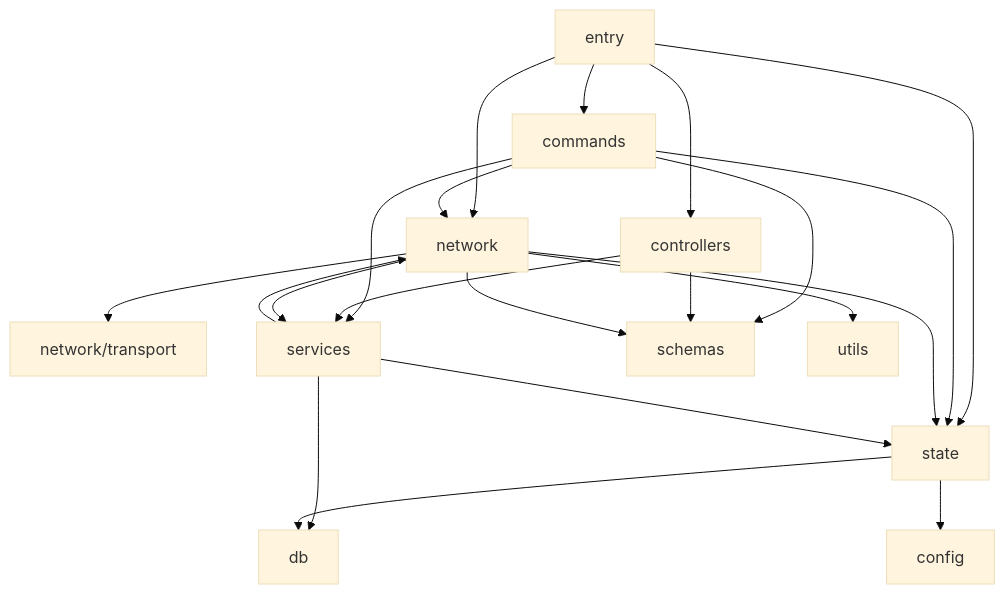
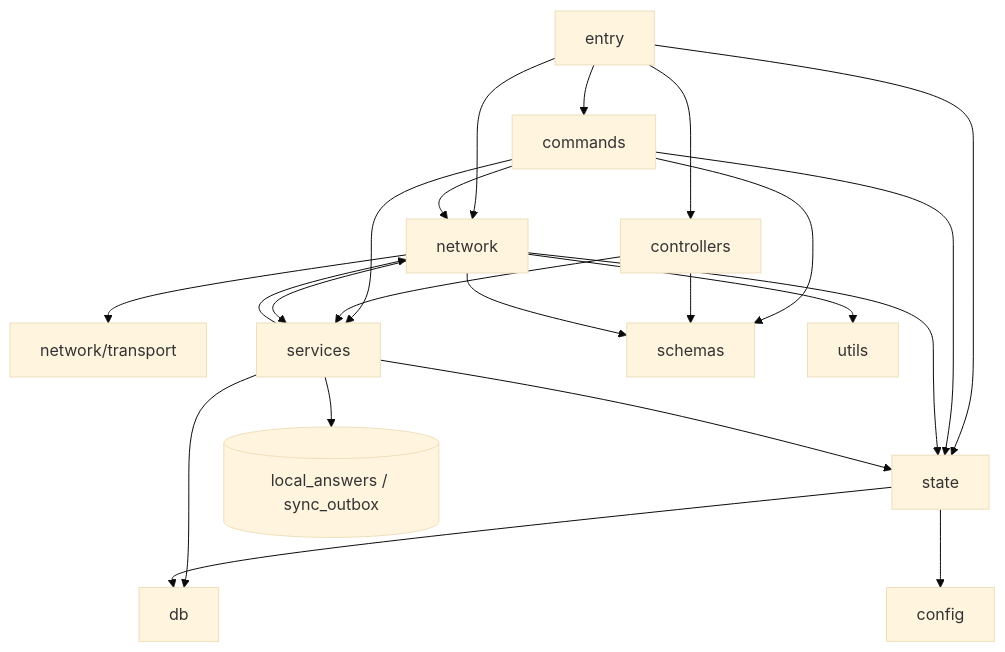
One commit to XiaoSong-dada/xs-examination changed the fifth of 5 diagrams in .copilot/project-dependency-map.md. Above: the diagram before and after it, drawn with Mermaid (base theme). The commit also changed other lines of this file and 4 other files, not shown here.

````diff
--- a/.copilot/project-dependency-map.md
+++ b/.copilot/project-dependency-map.md
@@ -474,35 +476,37 @@
 ```mermaid
 graph TD
     SEntry[entry]
     SCmd[commands]
     SCtrl[controllers]
     SNet[network]
     STransport[network/transport]
     SSvc[services]
     SSchema[schemas]
     SState[state]
     SDb[db]
+    SAnswer[(local_answers / sync_outbox)]
     SConfig[config]
     SUtils[utils]
 
     SEntry --> SCmd
     SEntry --> SCtrl
     SEntry --> SState
     SEntry --> SNet
     SCmd --> SState
     SCmd --> SNet
     SCmd --> SSvc
     SCmd --> SSchema
     SCtrl --> SSvc
     SCtrl --> SSchema
     SNet --> STransport
     SNet --> SSchema
     SNet --> SSvc
     SNet --> SUtils
     SNet --> SState
     SSvc --> SDb
+    SSvc --> SAnswer
     SSvc --> SState
     SSvc --> SNet
     SState --> SDb
     SState --> SConfig
 ```
````
